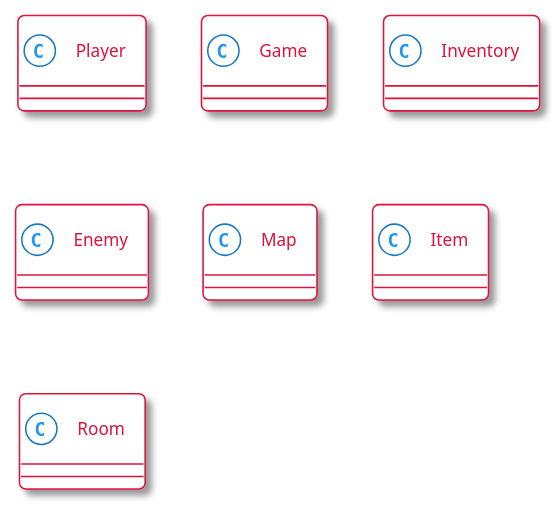
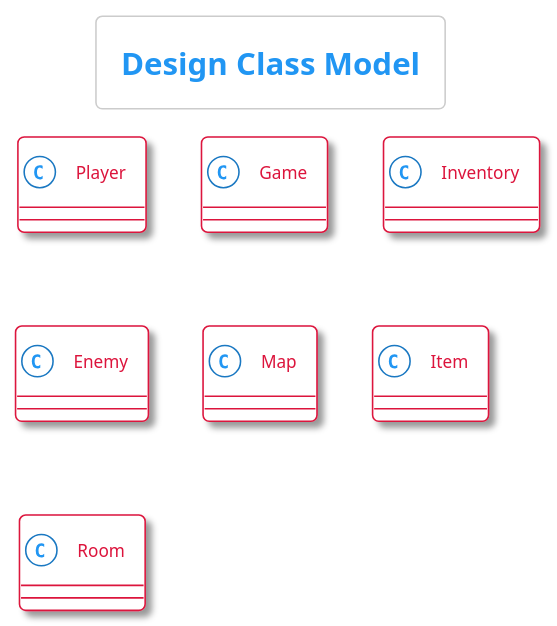
One commit to LimeiGuan/Text_Adventure_Game changed the diagram in docs/uml/DesignClassModel.plantuml. Above: the diagram before and after it, drawn with PlantUML.

```diff
--- a/docs/uml/DesignClassModel.plantuml
+++ b/docs/uml/DesignClassModel.plantuml
@@ -1,27 +1,28 @@
 @startuml DesignClassModel
 
 !theme materia-outline
 
 skinparam ArrowColor #DC143C
 skinparam BackgroundColor #FFFFFF
 
 skinparam ClassFontColor #DC143C
 skinparam ClassBackgroundColor #FFFFFF
 skinparam ClassBorderColor #DC143C
 
+title Design Class Model
 
 class Player {}
 
 class Game{}
 
 class Inventory{}
 
 class Enemy{}
 
 class Map{}
 
 class Item{}
 
 class Room{}
 
 @enduml
```
